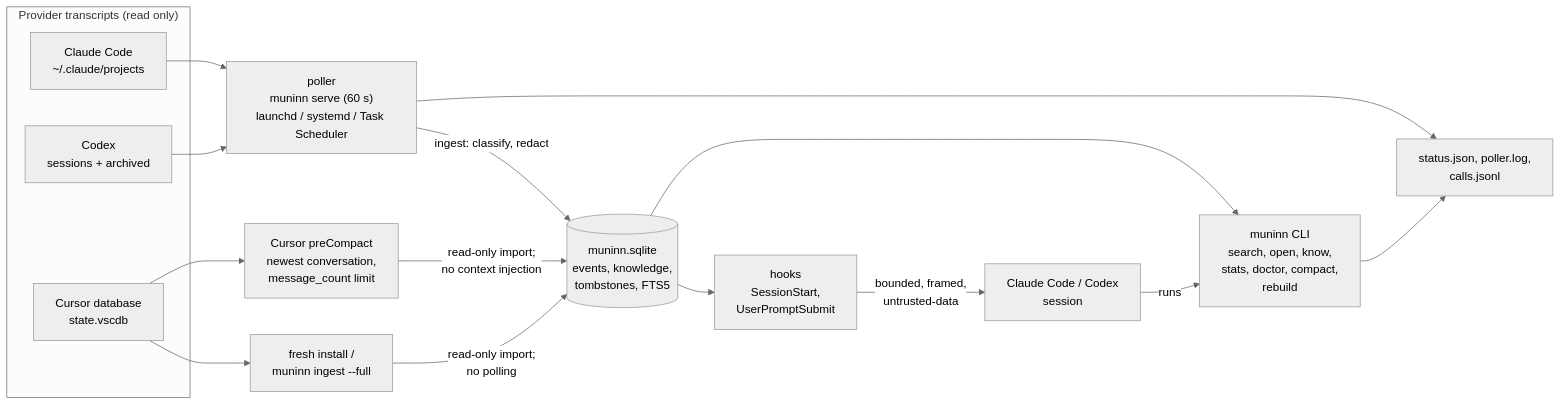
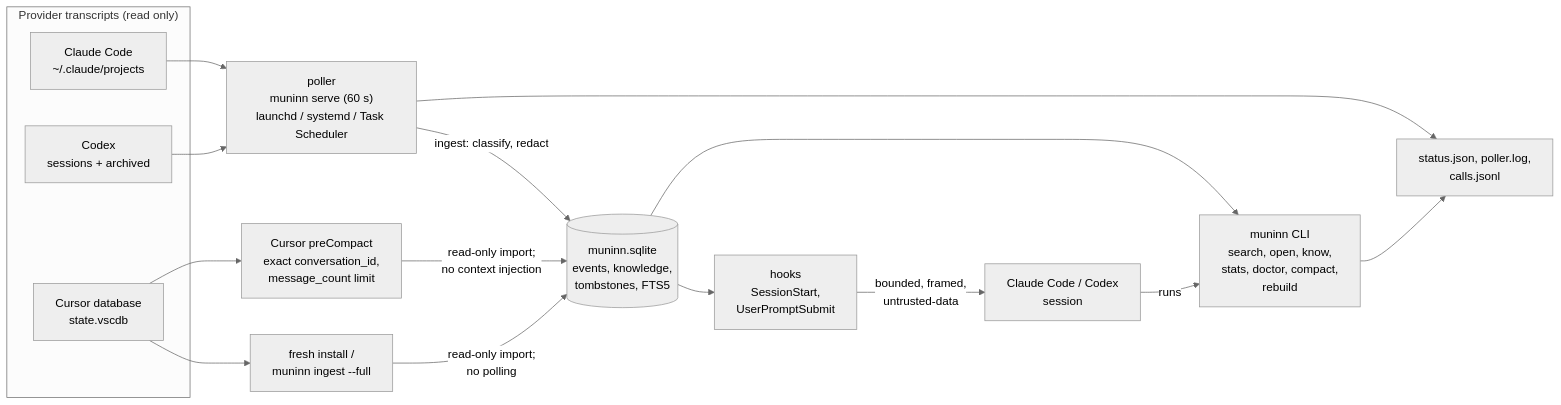
Before and after one commit to blueman82/muninn: the diagram in docs/ARCHITECTURE.md, drawn with Mermaid (neutral theme). The commit also changed other lines of this file and 21 other files, not shown here.

````diff
--- a/docs/ARCHITECTURE.md
+++ b/docs/ARCHITECTURE.md
@@ -3,29 +3,29 @@
 ```mermaid
 flowchart LR
   subgraph Providers["Provider transcripts (read only)"]
     CC["Claude Code<br/>~/.claude/projects"]
     CX["Codex<br/>sessions + archived"]
     CUR["Cursor database<br/>state.vscdb"]
   end
   P["poller<br/>muninn serve (60 s)<br/>launchd / systemd / Task Scheduler"]
   CI["fresh install /<br/>muninn ingest --full"]
-  CH["Cursor preCompact<br/>newest conversation,<br/>message_count limit"]
+  CH["Cursor preCompact<br/>exact conversation_id,<br/>message_count limit"]
   DB[("muninn.sqlite<br/>events, knowledge,<br/>tombstones, FTS5")]
   CLI["muninn CLI<br/>search, open, know,<br/>stats, doctor, compact,<br/>rebuild"]
   H["hooks<br/>SessionStart,<br/>UserPromptSubmit"]
   A["Claude Code / Codex<br/>session"]
   L["status.json, poller.log,<br/>calls.jsonl"]
   CC --> P
   CX --> P
   P -->|"ingest: classify, redact"| DB
   CUR --> CI
   CUR --> CH
   CH -->|"read-only import;<br/>no context injection"| DB
   CI -->|"read-only import;<br/>no polling"| DB
   P --> L
   DB --> CLI
   DB --> H
   H -->|"bounded, framed,<br/>untrusted-data"| A
   A -->|"runs"| CLI
   CLI --> L
 ```
````
